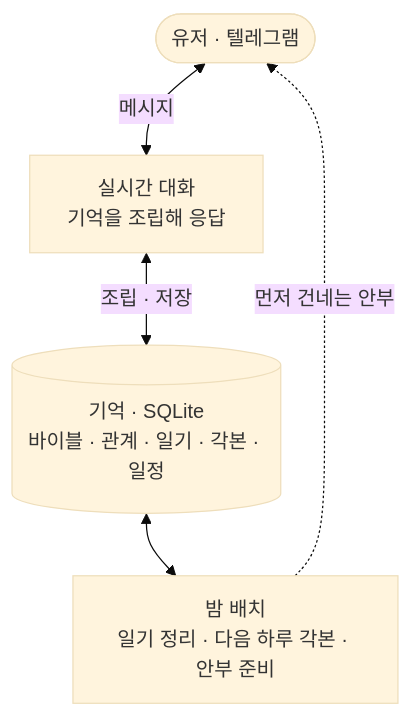
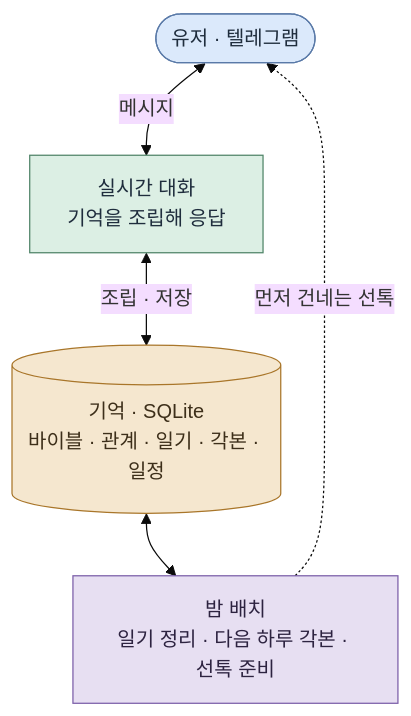
One commit to hyewon3938/random-ai-companion changed the diagram in README.md. Above: the diagram before and after it, drawn with Mermaid (base theme). The commit also changed other lines of this file, not shown here.

````diff
--- a/README.md
+++ b/README.md
@@ -122,11 +123,15 @@
 ```mermaid
 graph TB
     U(["유저 · 텔레그램"])
     BOT["실시간 대화<br/>기억을 조립해 응답"]
     MEM[("기억 · SQLite<br/>바이블 · 관계 · 일기 · 각본 · 일정")]
-    BATCH["밤 배치<br/>일기 정리 · 다음 하루 각본 · 안부 준비"]
+    BATCH["밤 배치<br/>일기 정리 · 다음 하루 각본 · 선톡 준비"]
     U <-->|메시지| BOT
     BOT <-->|조립 · 저장| MEM
     MEM <--> BATCH
-    BATCH -.->|먼저 건네는 안부| U
+    BATCH -.->|먼저 건네는 선톡| U
+    style U fill:#dbe9fb,stroke:#5a7aa8,color:#1f2d3d
+    style BOT fill:#dcefe4,stroke:#4f8468,color:#1f2d3d
+    style MEM fill:#f5e7cf,stroke:#a9762a,color:#3d2f1a
+    style BATCH fill:#e7dff2,stroke:#7b5ea8,color:#2d2340
 ```
````
